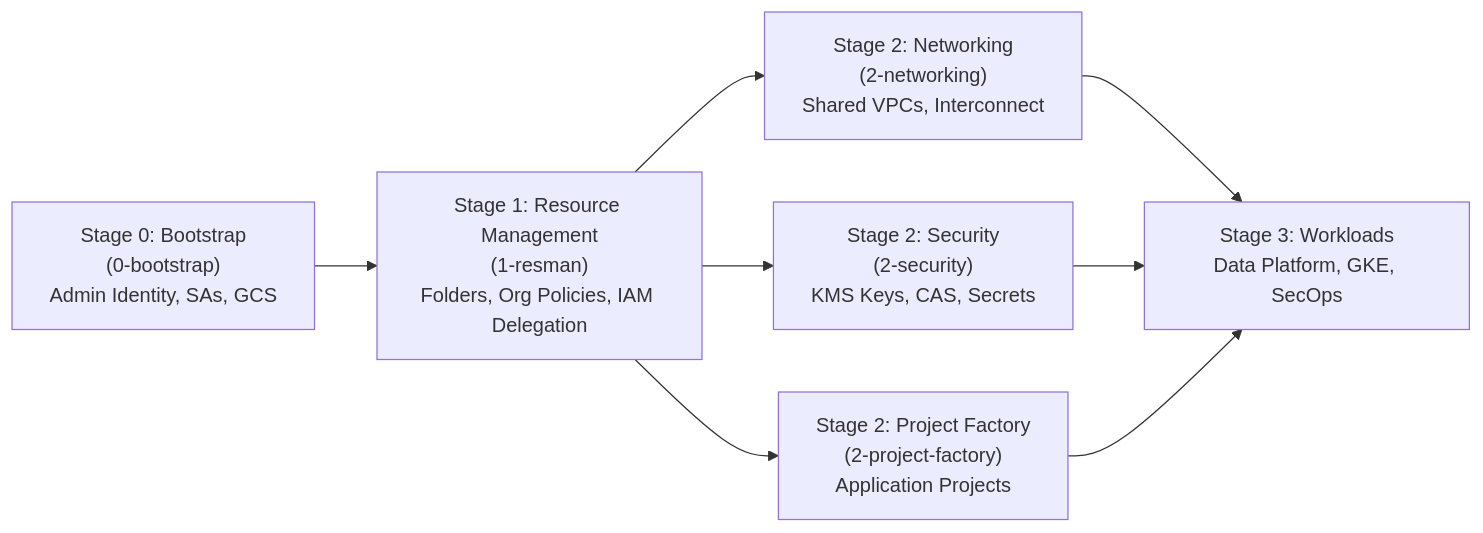
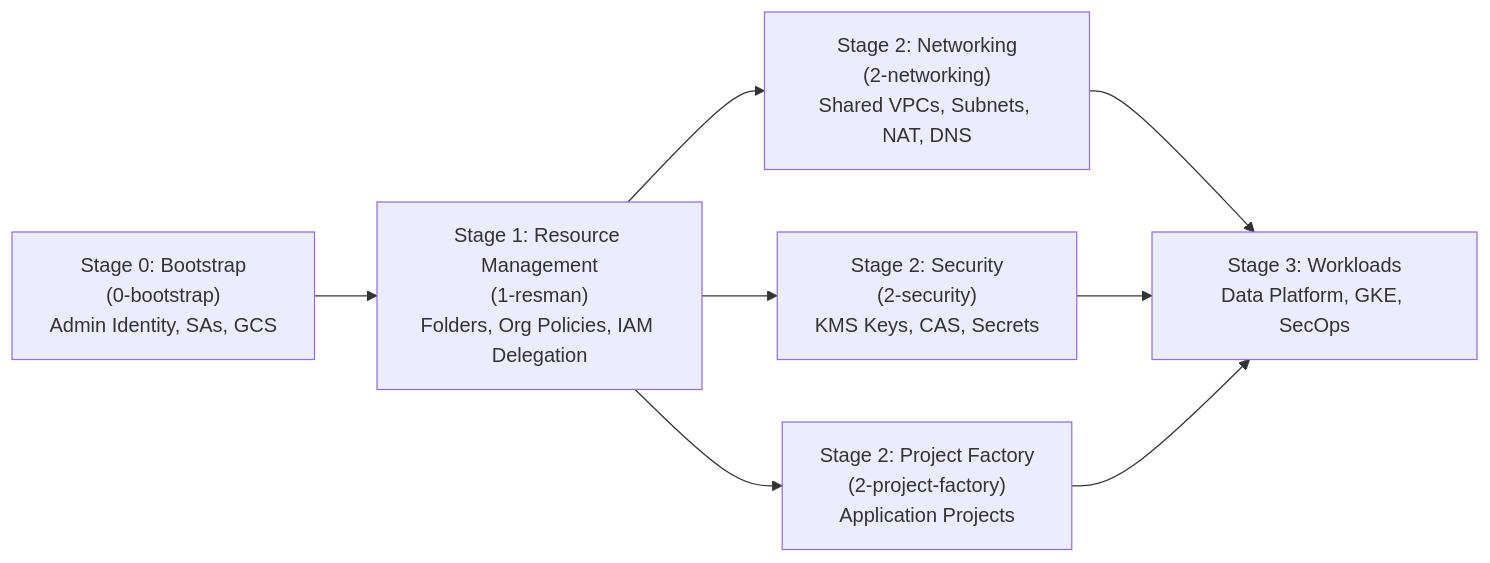
Before and after one commit to teemu61/fast-test: the first of 2 diagrams in README.md, drawn with Mermaid. The commit also changed other lines of this file and 10 other files, not shown here.

````diff
--- a/README.md
+++ b/README.md
@@ -13,10 +13,10 @@
 ```mermaid
 flowchart LR
     S0["Stage 0: Bootstrap\n(0-bootstrap)\nAdmin Identity, SAs, GCS"] --> S1["Stage 1: Resource Management\n(1-resman)\nFolders, Org Policies, IAM Delegation"]
-    S1 --> S2N["Stage 2: Networking\n(2-networking)\nShared VPCs, Interconnect"]
+    S1 --> S2N["Stage 2: Networking\n(2-networking)\nShared VPCs, Subnets, NAT, DNS"]
     S1 --> S2S["Stage 2: Security\n(2-security)\nKMS Keys, CAS, Secrets"]
     S1 --> S2P["Stage 2: Project Factory\n(2-project-factory)\nApplication Projects"]
     S2N --> S3["Stage 3: Workloads\nData Platform, GKE, SecOps"]
     S2S --> S3
     S2P --> S3
 ```
````
